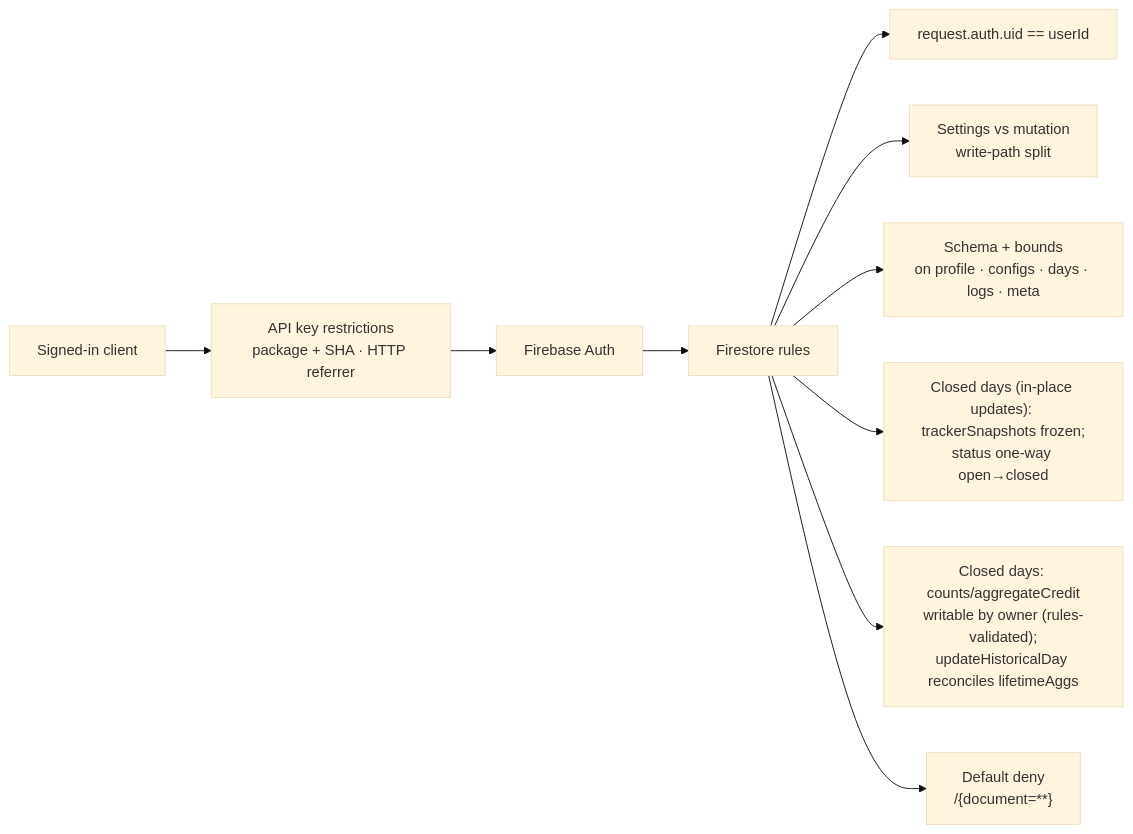
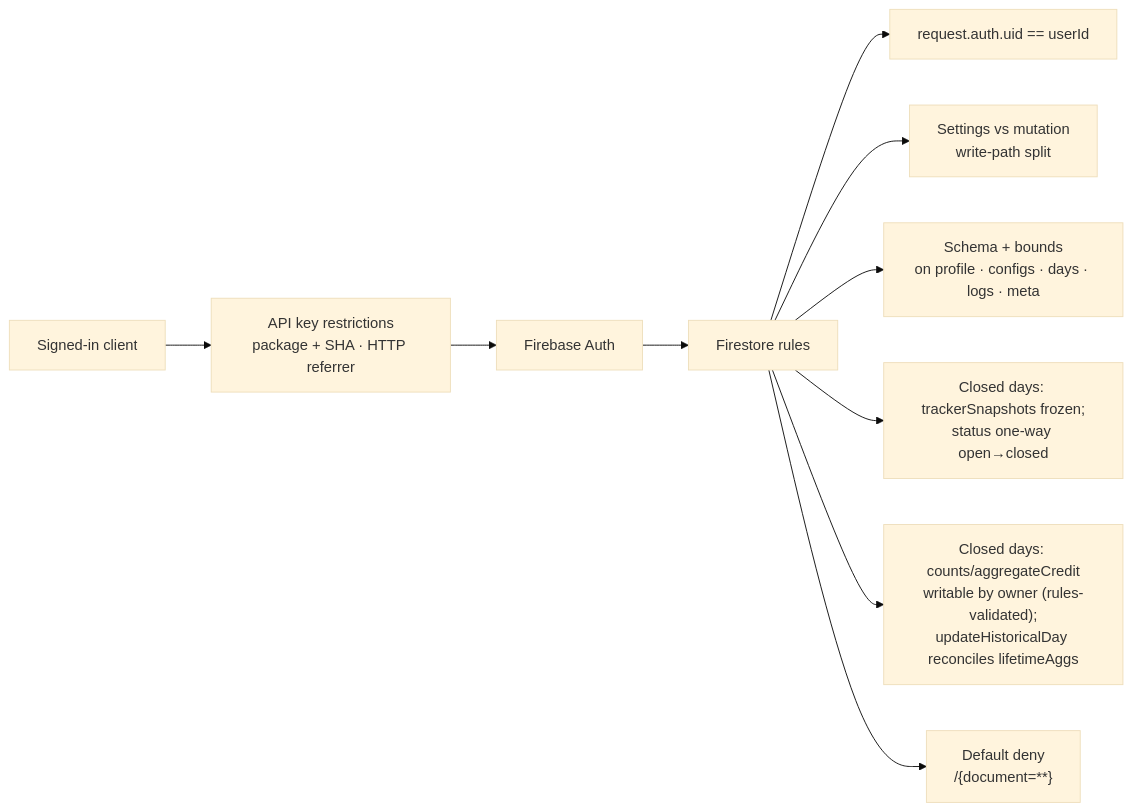
The second of 2 diagrams in README.md (shareef01/tabakpp), drawn with Mermaid (base theme) before and after one commit. The commit also changed other lines of this file and 6 other files, not shown here.

````diff
--- a/README.md
+++ b/README.md
@@ -225,13 +225,13 @@
 ```mermaid
 flowchart LR
   Client["Signed-in client"] --> Key["API key restrictions<br/>package + SHA · HTTP referrer"]
   Key --> Auth["Firebase Auth"]
   Auth --> Rules["Firestore rules"]
 
   Rules --> Owner["request.auth.uid == userId"]
   Rules --> Split["Settings vs mutation<br/>write-path split"]
   Rules --> Shape["Schema + bounds<br/>on profile · configs · days · logs · meta"]
-  Rules --> Frozen["Closed days (in-place updates): trackerSnapshots frozen;<br/>status one-way open→closed"]
+  Rules --> Frozen["Closed days: trackerSnapshots frozen;<br/>status one-way open→closed"]
   Rules --> Writability["Closed days: counts/aggregateCredit<br/>writable by owner (rules-validated);<br/>updateHistoricalDay reconciles lifetimeAggs"]
   Rules --> Deny["Default deny<br/>/{document=**}"]
 ```
````
